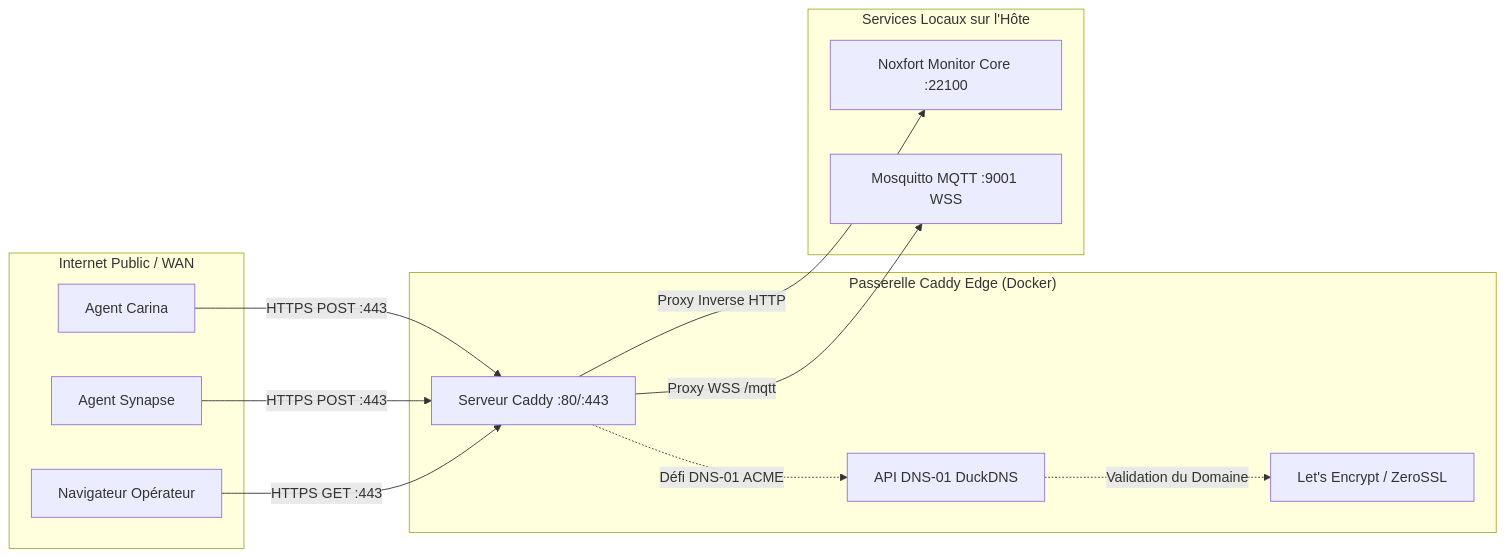
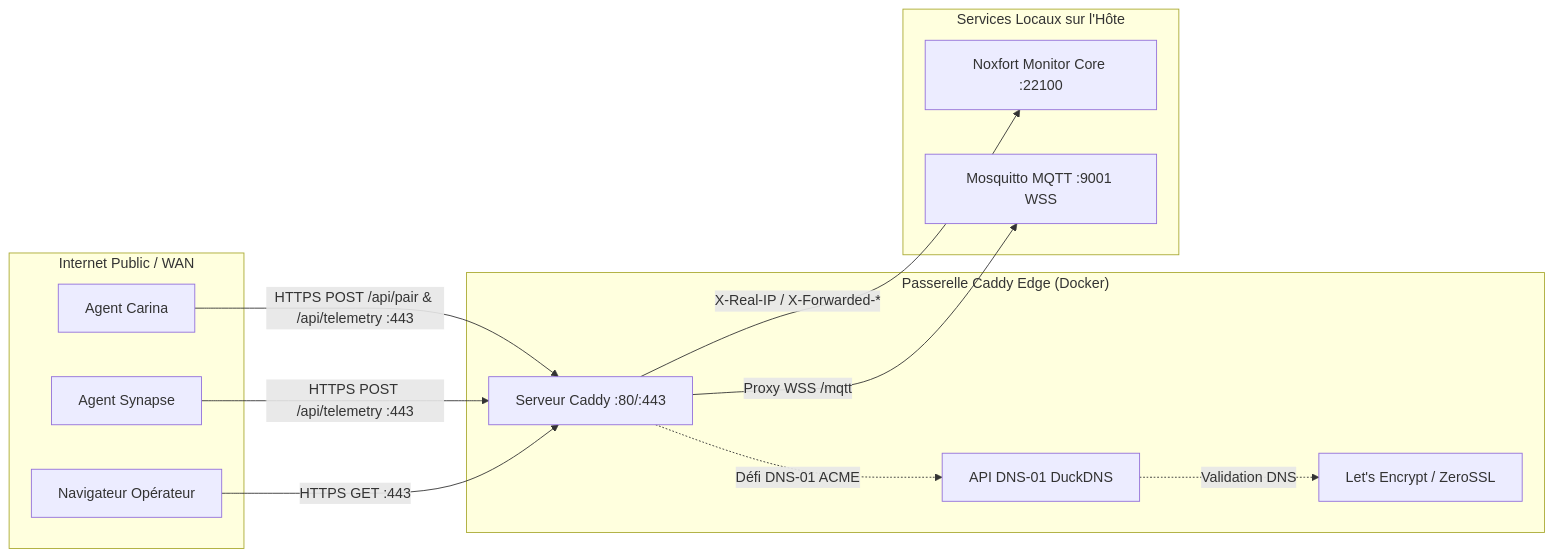
Before and after one commit to Noxfort-Systems-Brazil/MONITOR: the diagram in docs/fr/caddy_integration.md, drawn with Mermaid. The commit also changed other lines of this file and 186 other files, not shown here.

````diff
--- a/docs/fr/caddy_integration.md
+++ b/docs/fr/caddy_integration.md
@@ -11,29 +11,29 @@
 ```mermaid
 graph LR
     subgraph "Internet Public / WAN"
         Carina[Agent Carina]
         Synapse[Agent Synapse]
         Browser[Navigateur Opérateur]
     end
 
     subgraph "Passerelle Caddy Edge (Docker)"
-        Caddy[Serveur Caddy :80/:443]
-        LetEncrypt[Let's Encrypt / ZeroSSL]
+        Caddy["Serveur Caddy :80/:443"]
+        LetEncrypt["Let's Encrypt / ZeroSSL"]
         DuckAPI[API DNS-01 DuckDNS]
     end
 
     subgraph "Services Locaux sur l'Hôte"
-        Monitor[Noxfort Monitor Core :22100]
-        Mosquitto[Mosquitto MQTT :9001 WSS]
+        Monitor["Noxfort Monitor Core :22100"]
+        Mosquitto["Mosquitto MQTT :9001 WSS"]
     end
 
-    Carina -->|HTTPS POST :443| Caddy
-    Synapse -->|HTTPS POST :443| Caddy
-    Browser -->|HTTPS GET :443| Caddy
+    Carina -->|"HTTPS POST /api/pair & /api/telemetry :443"| Caddy
+    Synapse -->|"HTTPS POST /api/telemetry :443"| Caddy
+    Browser -->|"HTTPS GET :443"| Caddy
 
-    Caddy -.->|Défi DNS-01 ACME| DuckAPI
-    DuckAPI -.->|Validation du Domaine| LetEncrypt
+    Caddy -.->|"Défi DNS-01 ACME"| DuckAPI
+    DuckAPI -.->|"Validation DNS"| LetEncrypt
 
-    Caddy -->|Proxy Inverse HTTP| Monitor
-    Caddy -->|Proxy WSS /mqtt| Mosquitto
+    Caddy -->|"X-Real-IP / X-Forwarded-*"| Monitor
+    Caddy -->|"Proxy WSS /mqtt"| Mosquitto
 ```
````
